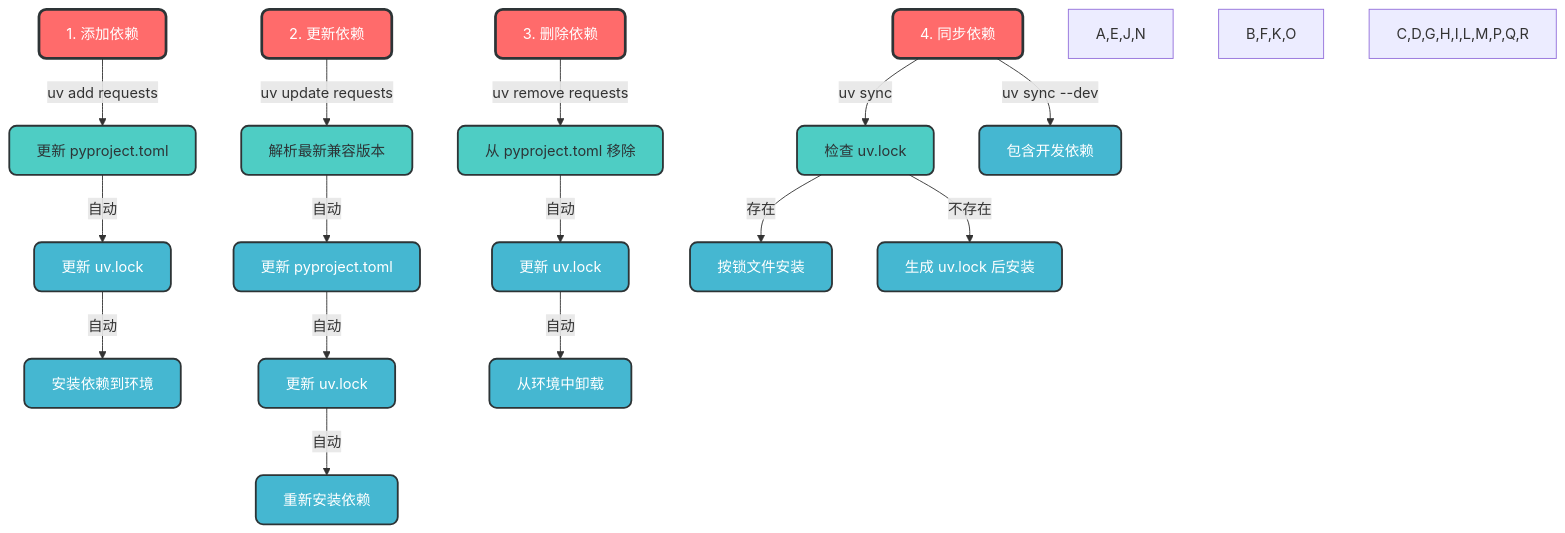
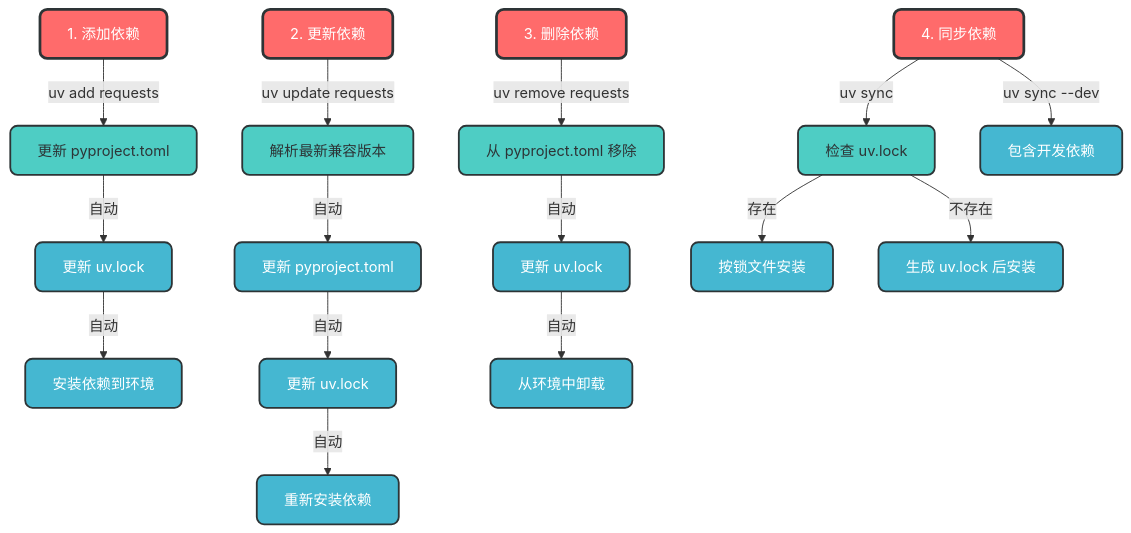
One commit to amuqiao/fastapi-enterprise-framework-template changed the third of 8 diagrams in docs/uv 管理 python 虚拟环境/uv 完整使用指南.md. Above: the diagram before and after it, drawn with Mermaid. The commit also changed other lines of this file, not shown here.

````diff
--- a/docs/uv 管理 python 虚拟环境/uv 完整使用指南.md
+++ b/docs/uv 管理 python 虚拟环境/uv 完整使用指南.md
@@ -147,28 +147,28 @@
 ```mermaid
 flowchart TD
     A[1. 添加依赖] -->|uv add requests| B[更新 pyproject.toml]
     B -->|自动| C[更新 uv.lock]
     C -->|自动| D[安装依赖到环境]
     
     E[2. 更新依赖] -->|uv update requests| F[解析最新兼容版本]
     F -->|自动| G[更新 pyproject.toml]
     G -->|自动| H[更新 uv.lock]
     H -->|自动| I[重新安装依赖]
     
     J[3. 删除依赖] -->|uv remove requests| K[从 pyproject.toml 移除]
     K -->|自动| L[更新 uv.lock]
     L -->|自动| M[从环境中卸载]
     
     N[4. 同步依赖] -->|uv sync| O[检查 uv.lock]
     O -->|存在| P[按锁文件安装]
     O -->|不存在| Q[生成 uv.lock 后安装]
     N -->|uv sync --dev| R[包含开发依赖]
     
     classDef step fill:#FF6B6B,stroke:#2D3436,stroke-width:3px,color:white,rx:8,ry:8;
     classDef action fill:#4ECDC4,stroke:#2D3436,stroke-width:2px,color:#2D3436,rx:8,ry:8;
     classDef result fill:#45B7D1,stroke:#2D3436,stroke-width:2px,color:white,rx:8,ry:8;
     
-    A,E,J,N:::step;
-    B,F,K,O:::action;
-    C,D,G,H,I,L,M,P,Q,R:::result;
+    class A,E,J,N step;
+    class B,F,K,O action;
+    class C,D,G,H,I,L,M,P,Q,R result;
 ```
````
